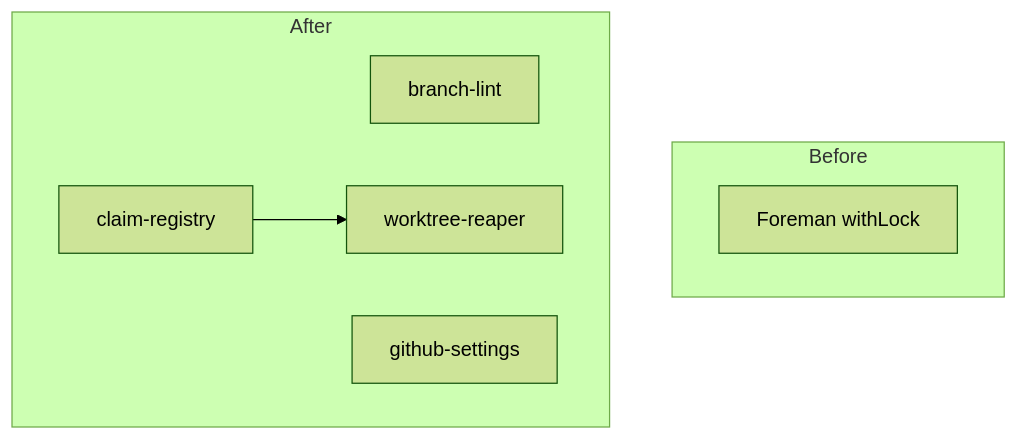
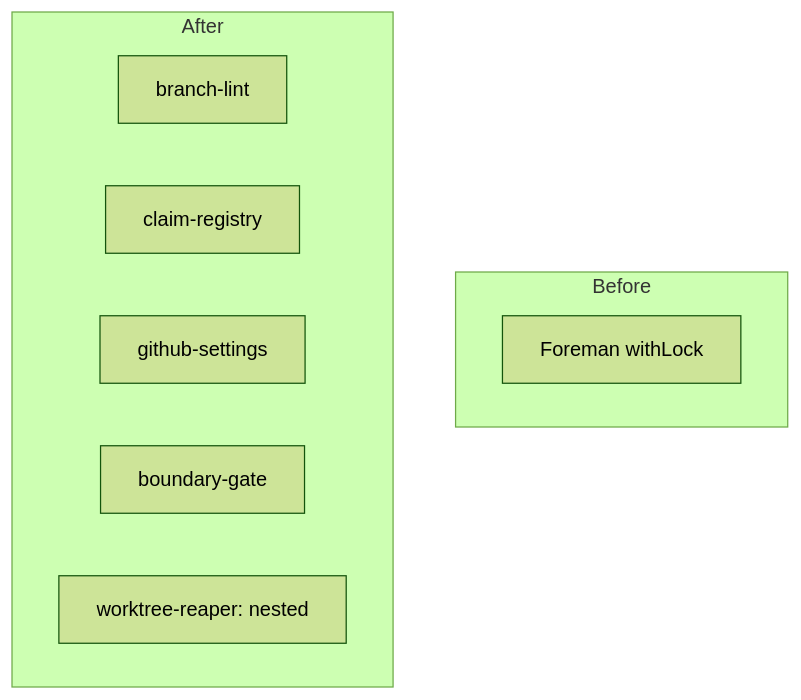
One commit to sibulus13/claudence changed the diagram in docs/work/branch-conventions/components.md. Above: the diagram before and after it, drawn with Mermaid (forest theme). The commit also changed other lines of this file and 9 other files, not shown here.

First line of the commit message:
docs(work): branch-conventions fix round; worktree-reaper child item; gap-ledger checks

````diff
--- a/docs/work/branch-conventions/components.md
+++ b/docs/work/branch-conventions/components.md
@@ -3,11 +3,13 @@
 ```mermaid
 flowchart TD
   subgraph Before
-    B1[Foreman withLock]
+    B1["Foreman withLock"]
   end
   subgraph After
-    A1[branch-lint]
-    A2[claim-registry] --> A3[worktree-reaper]
-    A4[github-settings]
+    A1["branch-lint"]
+    A2["claim-registry"]
+    A3["github-settings"]
+    A4["boundary-gate"]
+    A5["worktree-reaper: nested"]
   end
 ```
````
